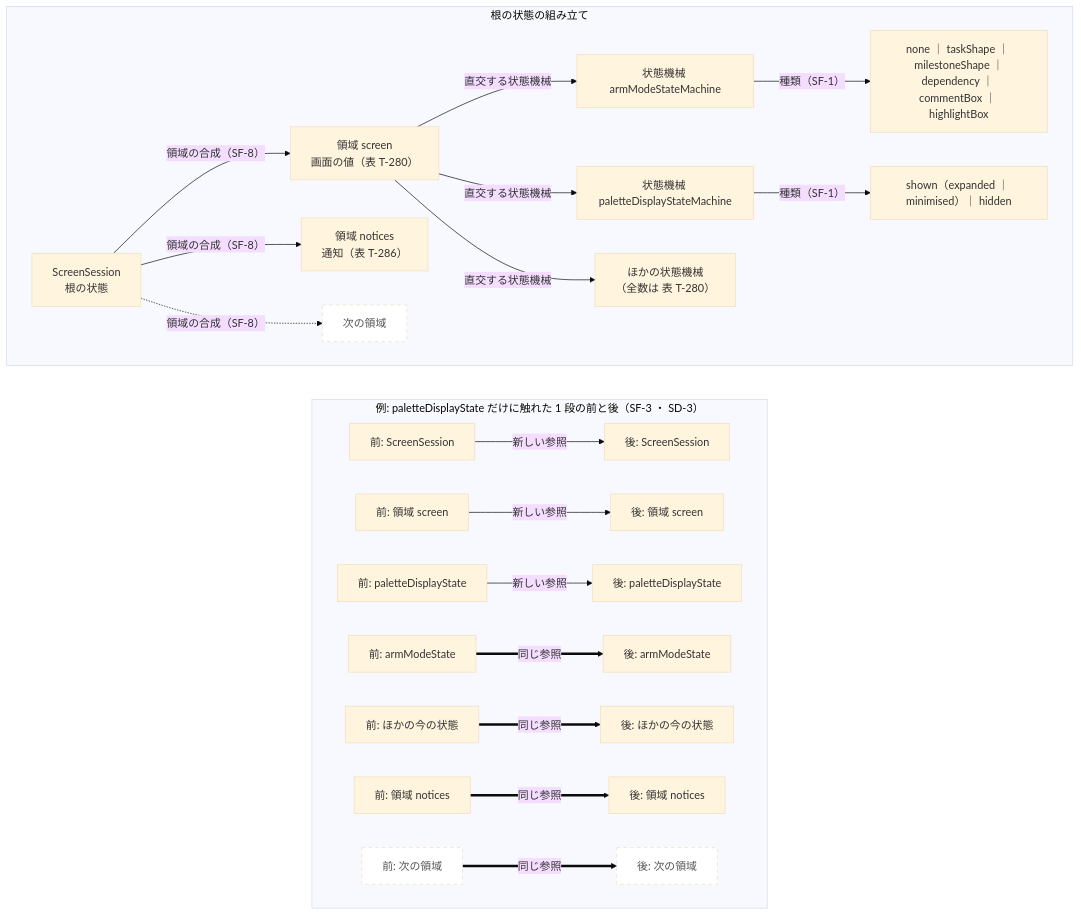
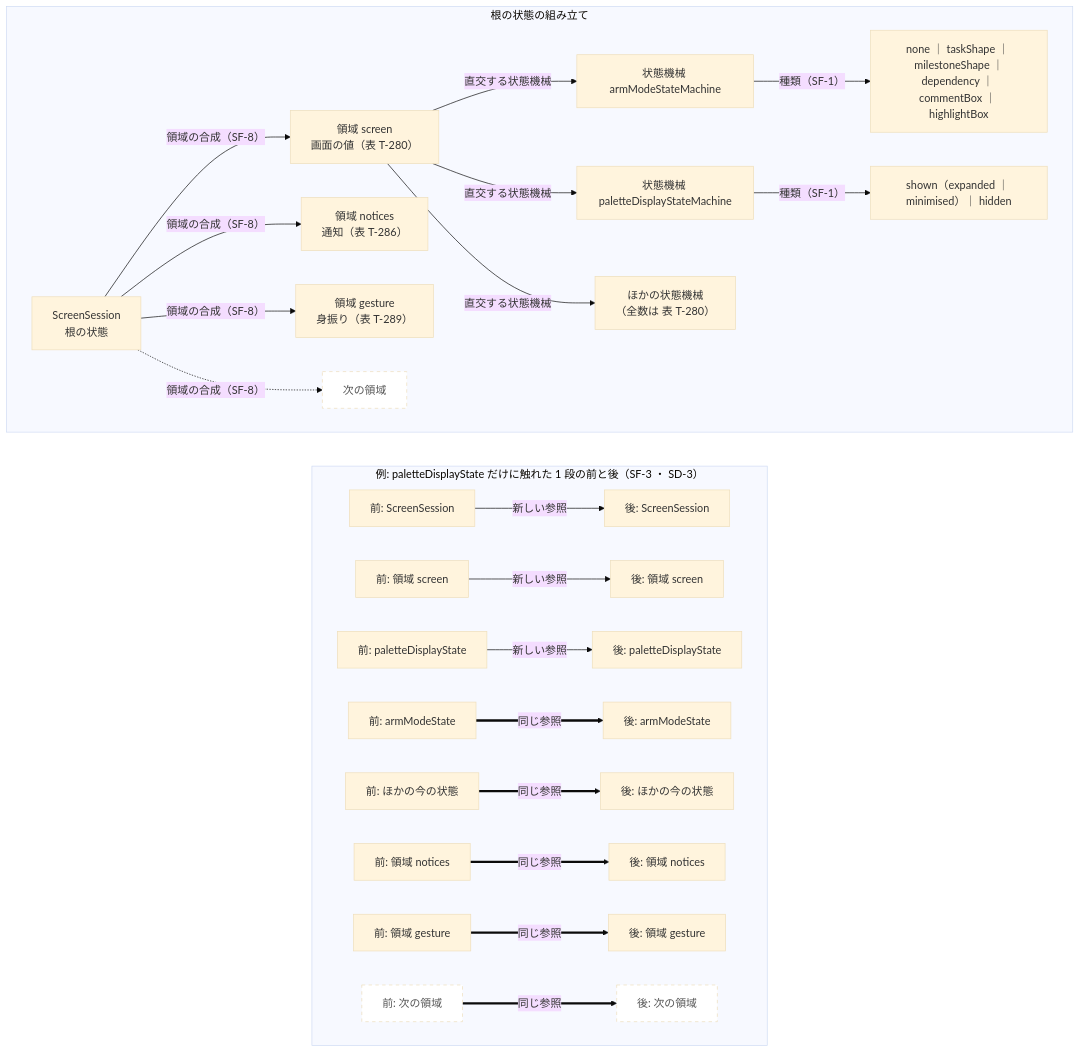
One commit to GoodRelax/gr-scheduler changed the fourth of 4 diagrams in docs/spec/05-07-design.md. Above: the diagram before and after it, drawn with Mermaid (base theme). The commit also changed other lines of this file and 16 other files, not shown here.

````diff
--- a/docs/spec/05-07-design.md
+++ b/docs/spec/05-07-design.md
@@ -1050,36 +1052,39 @@
 ```mermaid
 flowchart TB
     subgraph Shape["根の状態の組み立て"]
         direction LR
         Root["ScreenSession<br>根の状態"]
         Screen["領域 screen<br>画面の値（表 T-280）"]
         Notices["領域 notices<br>通知（表 T-286）"]
+        Gesture["領域 gesture<br>身振り（表 T-289）"]
         Next["次の領域"]:::future
         Armed["状態機械 armModeStateMachine"]
         Palette["状態機械 paletteDisplayStateMachine"]
         Others["ほかの状態機械<br>（全数は 表 T-280）"]
         ArmedK["none ｜ taskShape ｜ milestoneShape ｜<br>dependency ｜ commentBox ｜ highlightBox"]
         PaletteK["shown（expanded ｜ minimised）｜ hidden"]
         Root -->|"領域の合成（SF-8）"| Screen
         Root -->|"領域の合成（SF-8）"| Notices
+        Root -->|"領域の合成（SF-8）"| Gesture
         Root -.->|"領域の合成（SF-8）"| Next
         Screen -->|"直交する状態機械"| Armed
         Screen -->|"直交する状態機械"| Palette
         Screen -->|"直交する状態機械"| Others
         Armed -->|"種類（SF-1）"| ArmedK
         Palette -->|"種類（SF-1）"| PaletteK
     end
     subgraph Step["例: paletteDisplayState だけに触れた 1 段の前と後（SF-3 ・ SD-3）"]
         direction LR
         R0["前: ScreenSession"] -->|"新しい参照"| R1["後: ScreenSession"]
         S0["前: 領域 screen"] -->|"新しい参照"| S1["後: 領域 screen"]
         P0["前: paletteDisplayState"] -->|"新しい参照"| P1["後: paletteDisplayState"]
         A0["前: armModeState"] ==>|"同じ参照"| A1["後: armModeState"]
         O0["前: ほかの今の状態"] ==>|"同じ参照"| O1["後: ほかの今の状態"]
         M0["前: 領域 notices"] ==>|"同じ参照"| M1["後: 領域 notices"]
+        G0["前: 領域 gesture"] ==>|"同じ参照"| G1["後: 領域 gesture"]
         N0["前: 次の領域"]:::future ==>|"同じ参照"| N1["後: 次の領域"]:::future
     end
     Shape ~~~ Step
 
     classDef future stroke-dasharray: 5 5,fill:#fff,color:#555
 ```
````
